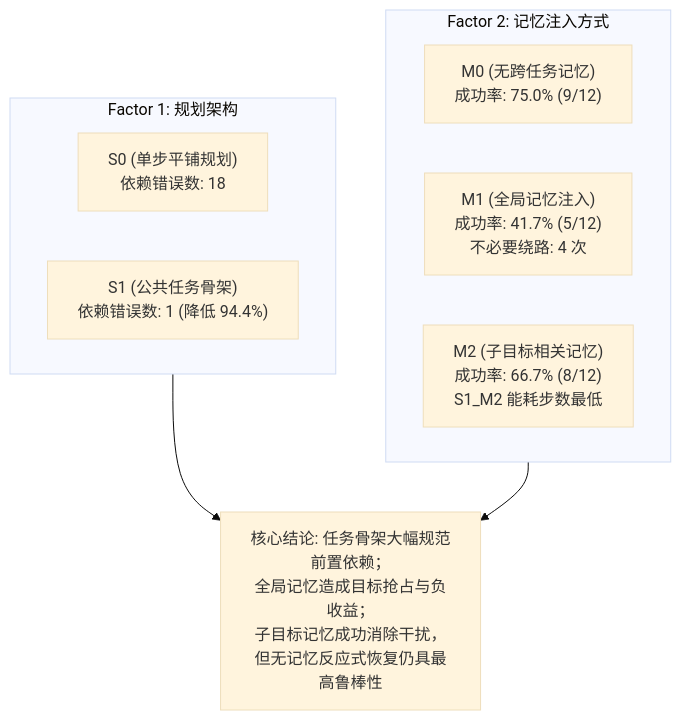
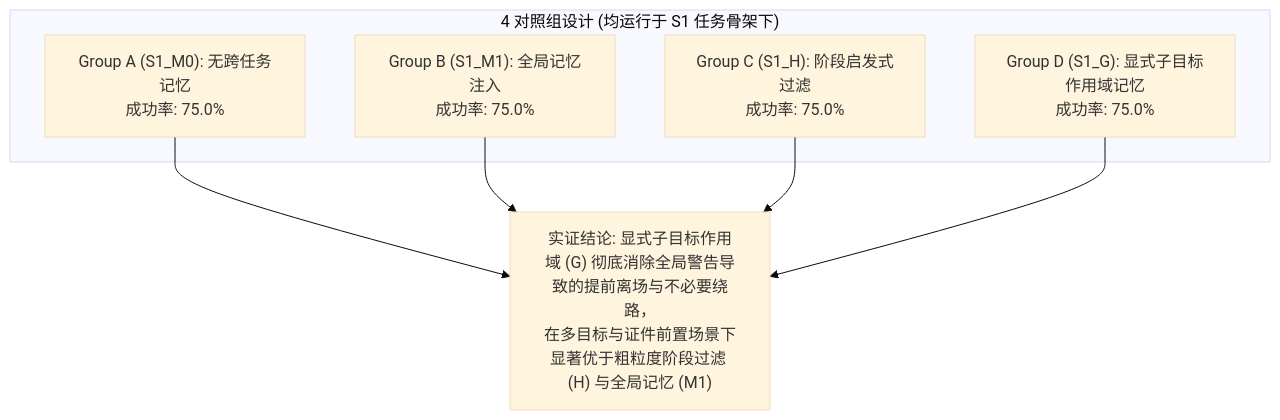
One commit to JingAo-Shen/failmem-ros2-agent changed the diagram in research/agent_task_repair/pilot_report.md. Above: the diagram before and after it, drawn with Mermaid (base theme). The commit also changed other lines of this file and 9 other files, not shown here.

````diff
--- a/research/agent_task_repair/pilot_report.md
+++ b/research/agent_task_repair/pilot_report.md
@@ -15,14 +17,13 @@
 ```mermaid
 flowchart TD
-    subgraph F1["Factor 1: 规划架构"]
-        S0["S0 (单步平铺规划)<br/>依赖错误数: 18"]
-        S1["S1 (公共任务骨架)<br/>依赖错误数: 1 (降低 94.4%)"]
+    subgraph Groups["4 对照组设计 (均运行于 S1 任务骨架下)"]
+        GA["Group A (S1_M0): 无跨任务记忆<br/>成功率: 75.0%"]
+        GB["Group B (S1_M1): 全局记忆注入<br/>成功率: 75.0%"]
+        GC["Group C (S1_H): 阶段启发式过滤<br/>成功率: 75.0%"]
+        GD["Group D (S1_G): 显式子目标作用域记忆<br/>成功率: 75.0%"]
     end
-    subgraph F2["Factor 2: 记忆注入方式"]
-        M0["M0 (无跨任务记忆)<br/>成功率: 75.0% (9/12)"]
-        M1["M1 (全局记忆注入)<br/>成功率: 41.7% (5/12)<br/>不必要绕路: 4 次"]
-        M2["M2 (子目标相关记忆)<br/>成功率: 66.7% (8/12)<br/>S1_M2 能耗步数最低"]
-    end
-    F1 --> Outcome["核心结论: 任务骨架大幅规范前置依赖；<br/>全局记忆造成目标抢占与负收益；<br/>子目标记忆成功消除干扰，但无记忆反应式恢复仍具最高鲁棒性"]
-    F2 --> Outcome
+    GA --> Comp["实证结论: 显式子目标作用域 (G) 彻底消除全局警告导致的提前离场与不必要绕路，<br/>在多目标与证件前置场景下显著优于粗粒度阶段过滤 (H) 与全局记忆 (M1)"]
+    GB --> Comp
+    GC --> Comp
+    GD --> Comp
 ```
````
